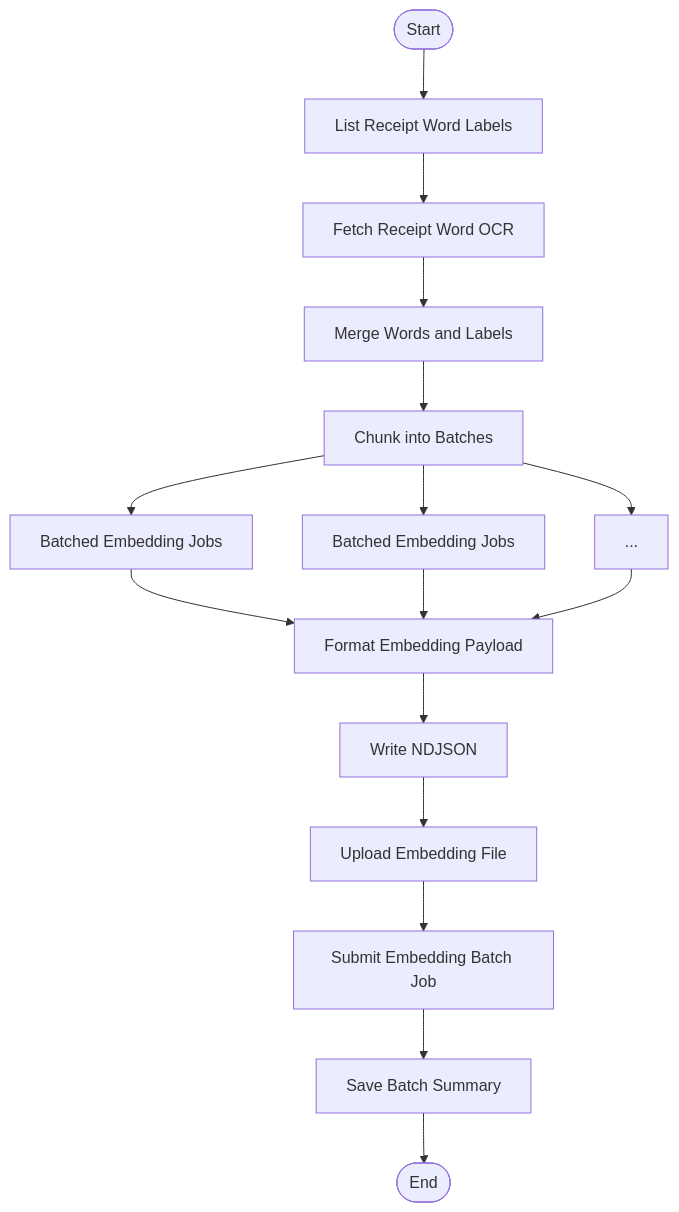
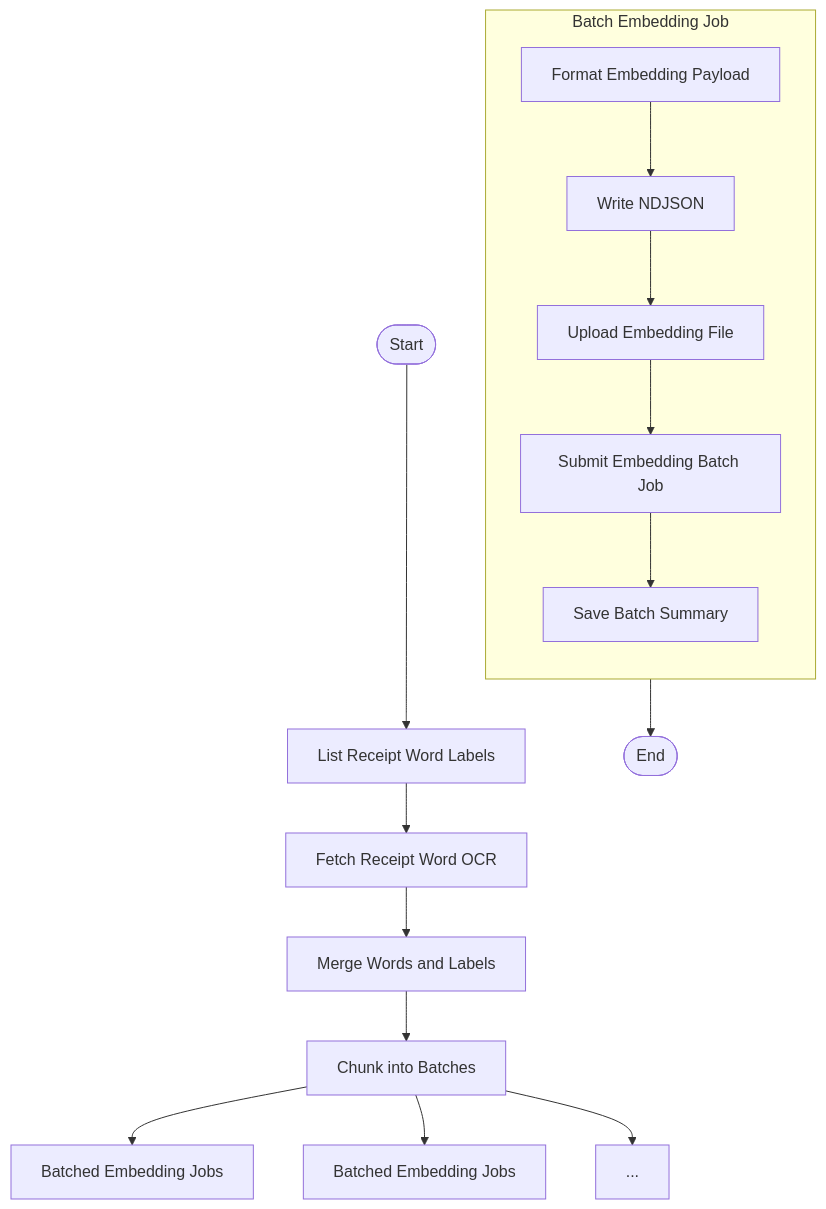
The diagram in receipt_label/submit_embedding_batch/README.md (tnorlund/Portfolio), drawn with Mermaid before and after one commit.

````diff
--- a/receipt_label/submit_embedding_batch/README.md
+++ b/receipt_label/submit_embedding_batch/README.md
@@ -47,21 +47,21 @@
 ```mermaid
 flowchart TD
     Start([Start]) --> ListReceiptWordLabels["List Receipt Word Labels"]
     ListReceiptWordLabels --> FetchReceiptWords["Fetch Receipt Word OCR"]
     FetchReceiptWords --> JoinWordsAndLabels["Merge Words and Labels"]
     JoinWordsAndLabels --> ChunkIntoEmbeddingBatches["Chunk into Batches"]
 
+    ChunkIntoEmbeddingBatches --> EachEmbeddingBatch["Batched Embedding Jobs"]
     ChunkIntoEmbeddingBatches --> EachEmbeddingBatch1["Batched Embedding Jobs"]
-    ChunkIntoEmbeddingBatches --> EachEmbeddingBatch2["Batched Embedding Jobs"]
     ChunkIntoEmbeddingBatches --> EachEmbeddingBatchEllipsis["..."]
 
-    EachEmbeddingBatch1 --> GenerateOpenAIInput["Format Embedding Payload"]
-    GenerateOpenAIInput --> WriteNDJSON["Write NDJSON"]
-    WriteNDJSON --> UploadEmbeddingFile["Upload Embedding File"]
-    UploadEmbeddingFile --> SubmitEmbeddingBatchJob["Submit Embedding Batch Job"]
-    SubmitEmbeddingBatchJob --> SaveBatchSummary["Save Batch Summary"]
+    subgraph "Batch Embedding Job"
+        direction TB
+        GenerateOpenAIInput["Format Embedding Payload"] --> WriteNDJSON["Write NDJSON"]
+        WriteNDJSON --> UploadEmbeddingFile["Upload Embedding File"]
+        UploadEmbeddingFile --> SubmitEmbeddingBatchJob["Submit Embedding Batch Job"]
+        SubmitEmbeddingBatchJob --> SaveBatchSummary["Save Batch Summary"]
+    end
+
     SaveBatchSummary --> End([End])
-
-    EachEmbeddingBatch2 --> GenerateOpenAIInput
-    EachEmbeddingBatchEllipsis --> GenerateOpenAIInput
 ```
````
